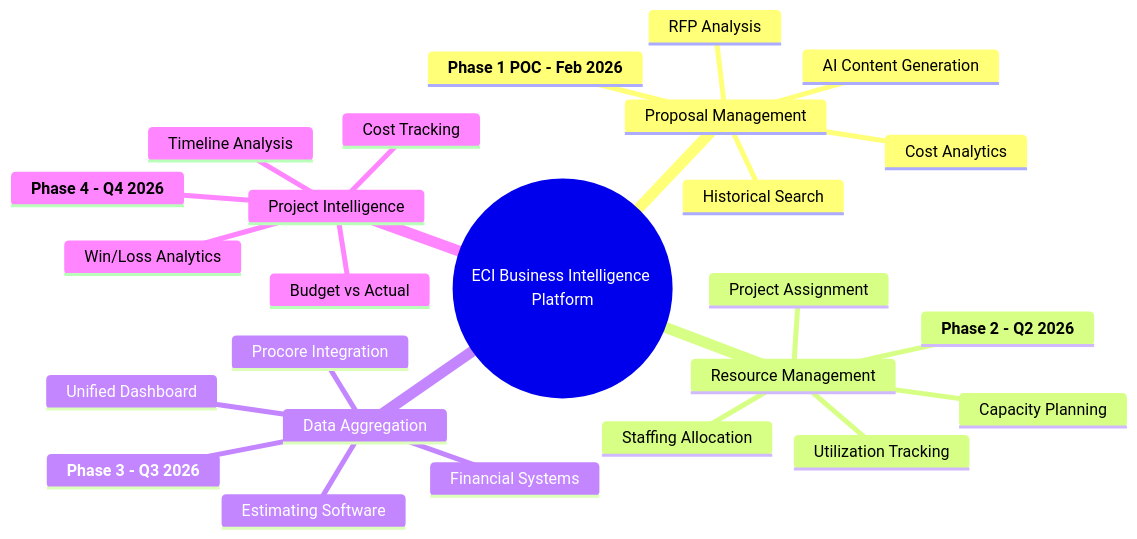
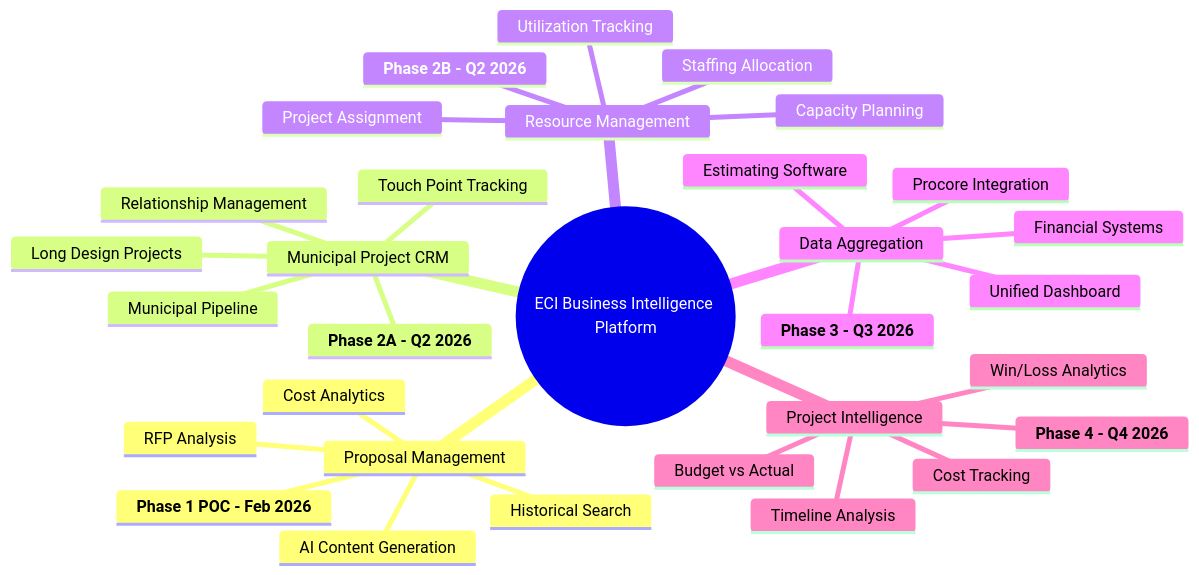
Before and after one commit to elikiedrowski/ECI_Site_Construction: the first of 25 diagrams in POC-Implementation-Plan.md, drawn with Mermaid. The commit also changed other lines of this file, not shown here.

Commit message:
Add Municipal CRM module to platform vision per Ted's email requirement

````diff
--- a/POC-Implementation-Plan.md
+++ b/POC-Implementation-Plan.md
@@ -30,28 +30,34 @@
 ```mermaid
 mindmap
   root((ECI Business Intelligence Platform))
     Proposal Management
       AI Content Generation
       RFP Analysis
       Historical Search
       Cost Analytics
       **Phase 1 POC - Feb 2026**
+    Municipal Project CRM
+      Long Design Projects
+      Touch Point Tracking
+      Municipal Pipeline
+      Relationship Management
+      **Phase 2A - Q2 2026**
     Resource Management
       Staffing Allocation
       Project Assignment
       Capacity Planning
       Utilization Tracking
-      **Phase 2 - Q2 2026**
+      **Phase 2B - Q2 2026**
     Data Aggregation
       Procore Integration
       Financial Systems
       Estimating Software
       Unified Dashboard
       **Phase 3 - Q3 2026**
     Project Intelligence
       Cost Tracking
       Budget vs Actual
       Timeline Analysis
       Win/Loss Analytics
       **Phase 4 - Q4 2026**
 ```
````
